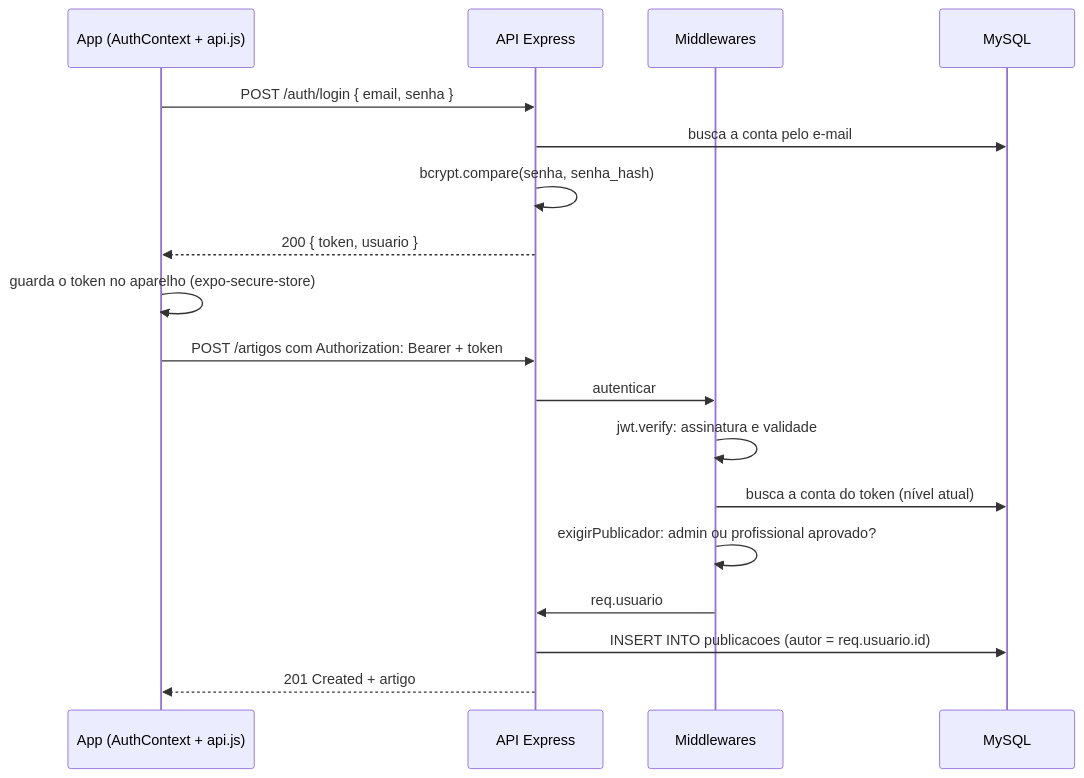
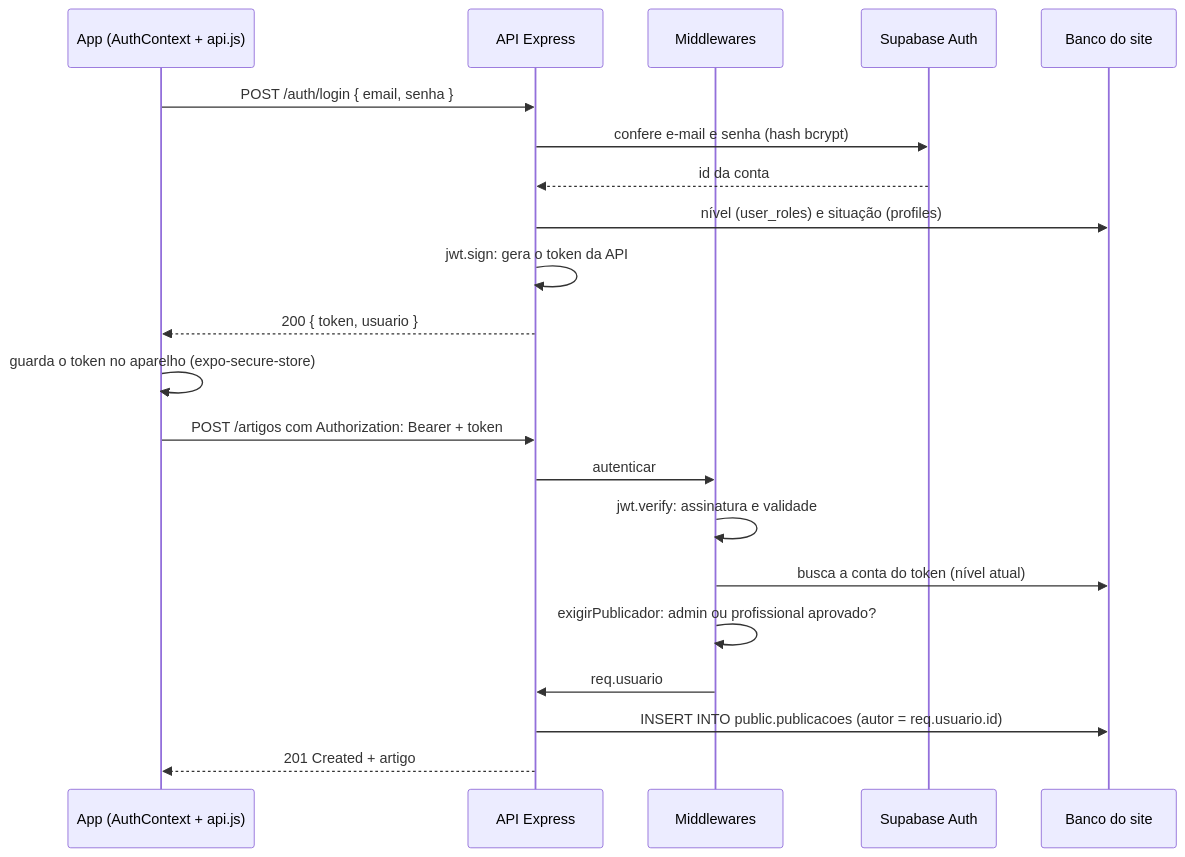
Before and after one commit to anasprenger/conexaopais.app: the sixth of 6 diagrams in README.md, drawn with Mermaid. The commit also changed other lines of this file and 4 other files, not shown here.

First line of the commit message:
docs: README, dicionário de dados e roteiro da apresentação com o banco do site

````diff
--- a/README.md
+++ b/README.md
@@ -491,20 +513,23 @@
 ```mermaid
 sequenceDiagram
     participant App as App (AuthContext + api.js)
     participant API as API Express
     participant MW as Middlewares
-    participant DB as MySQL
+    participant AU as Supabase Auth
+    participant DB as Banco do site
     App->>API: POST /auth/login { email, senha }
-    API->>DB: busca a conta pelo e-mail
-    API->>API: bcrypt.compare(senha, senha_hash)
+    API->>AU: confere e-mail e senha (hash bcrypt)
+    AU-->>API: id da conta
+    API->>DB: nível (user_roles) e situação (profiles)
+    API->>API: jwt.sign: gera o token da API
     API-->>App: 200 { token, usuario }
     App->>App: guarda o token no aparelho (expo-secure-store)
     App->>API: POST /artigos com Authorization: Bearer + token
     API->>MW: autenticar
     MW->>MW: jwt.verify: assinatura e validade
     MW->>DB: busca a conta do token (nível atual)
     MW->>MW: exigirPublicador: admin ou profissional aprovado?
     MW->>API: req.usuario
-    API->>DB: INSERT INTO publicacoes (autor = req.usuario.id)
+    API->>DB: INSERT INTO public.publicacoes (autor = req.usuario.id)
     API-->>App: 201 Created + artigo
 ```
````
